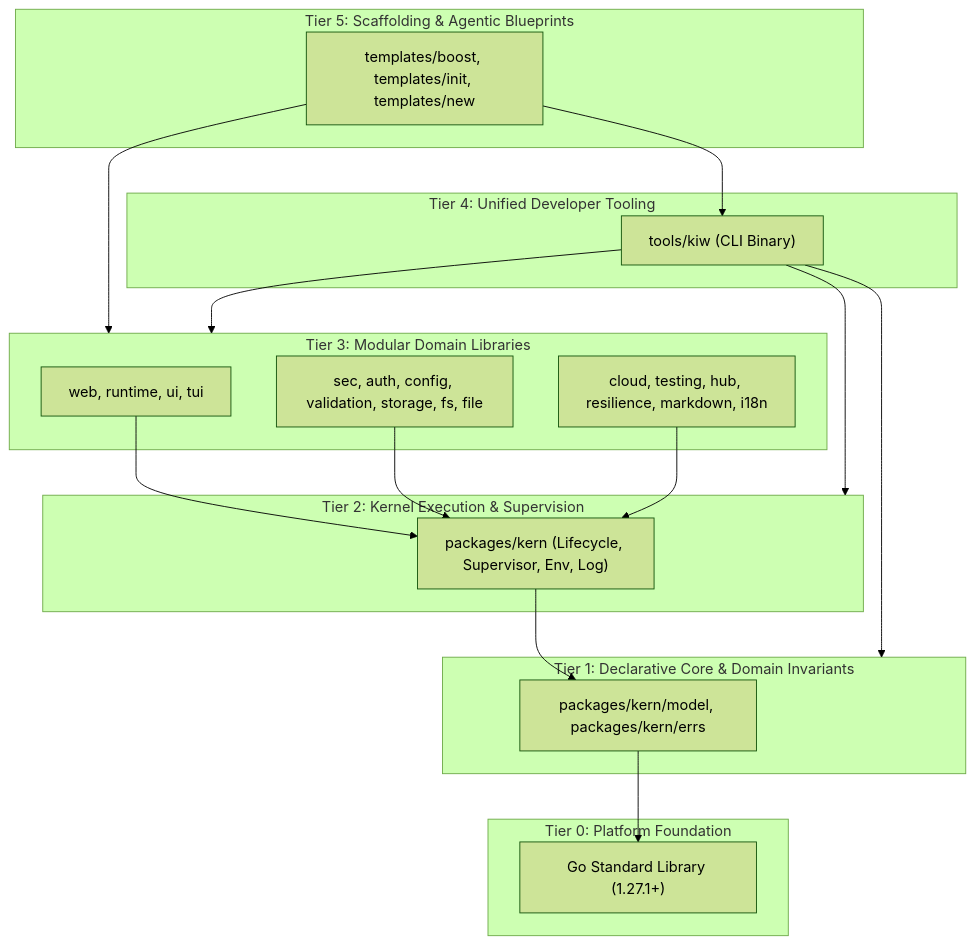
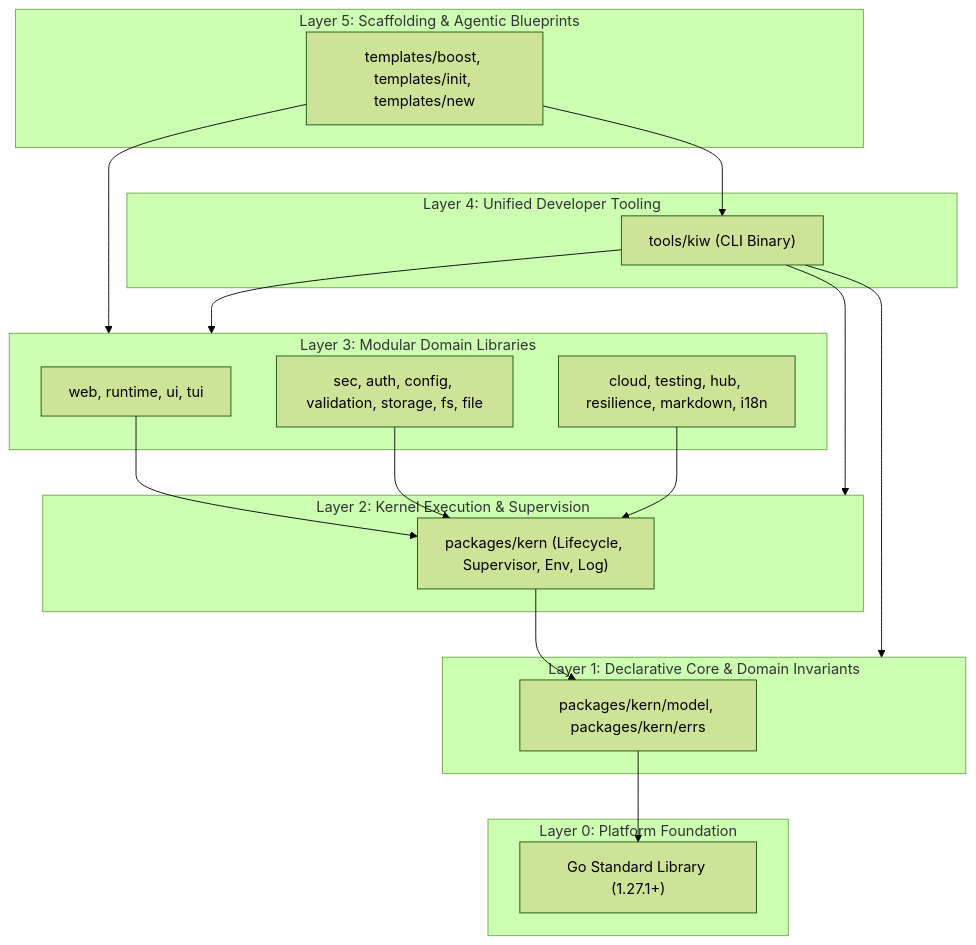
The diagram in docs/foundation/architecture.md (krewire/krewire), drawn with Mermaid (forest theme) before and after one commit. The commit also changed other lines of this file, not shown here.

Commit message:
docs(architecture): standardize on layer terminology instead of tier

````diff
--- a/docs/foundation/architecture.md
+++ b/docs/foundation/architecture.md
@@ -64,39 +64,39 @@
 ```mermaid
 flowchart TD
-    subgraph T5 ["Tier 5: Scaffolding & Agentic Blueprints"]
+    subgraph L5 ["Layer 5: Scaffolding & Agentic Blueprints"]
         Templates["templates/boost, templates/init, templates/new"]
     end
 
-    subgraph T4 ["Tier 4: Unified Developer Tooling"]
+    subgraph L4 ["Layer 4: Unified Developer Tooling"]
         KiwCLI["tools/kiw (CLI Binary)"]
     end
 
-    subgraph T3 ["Tier 3: Modular Domain Libraries"]
+    subgraph L3 ["Layer 3: Modular Domain Libraries"]
         WebRuntime["web, runtime, ui, tui"]
         SecuritySys["sec, auth, config, validation, storage, fs, file"]
         PlatformUtil["cloud, testing, hub, resilience, markdown, i18n"]
     end
 
-    subgraph T2 ["Tier 2: Kernel Execution & Supervision"]
+    subgraph L2 ["Layer 2: Kernel Execution & Supervision"]
         KernLifecycle["packages/kern (Lifecycle, Supervisor, Env, Log)"]
     end
 
-    subgraph T1 ["Tier 1: Declarative Core & Domain Invariants"]
+    subgraph L1 ["Layer 1: Declarative Core & Domain Invariants"]
         KernModel["packages/kern/model, packages/kern/errs"]
     end
 
-    subgraph T0 ["Tier 0: Platform Foundation"]
+    subgraph L0 ["Layer 0: Platform Foundation"]
         StdLib["Go Standard Library (1.27.1+)"]
     end
 
     Templates --> KiwCLI
-    Templates --> T3
-    KiwCLI --> T3
-    KiwCLI --> T2
-    KiwCLI --> T1
+    Templates --> L3
+    KiwCLI --> L3
+    KiwCLI --> L2
+    KiwCLI --> L1
     WebRuntime --> KernLifecycle
     SecuritySys --> KernLifecycle
     PlatformUtil --> KernLifecycle
     KernLifecycle --> KernModel
     KernModel --> StdLib
 ```
````
